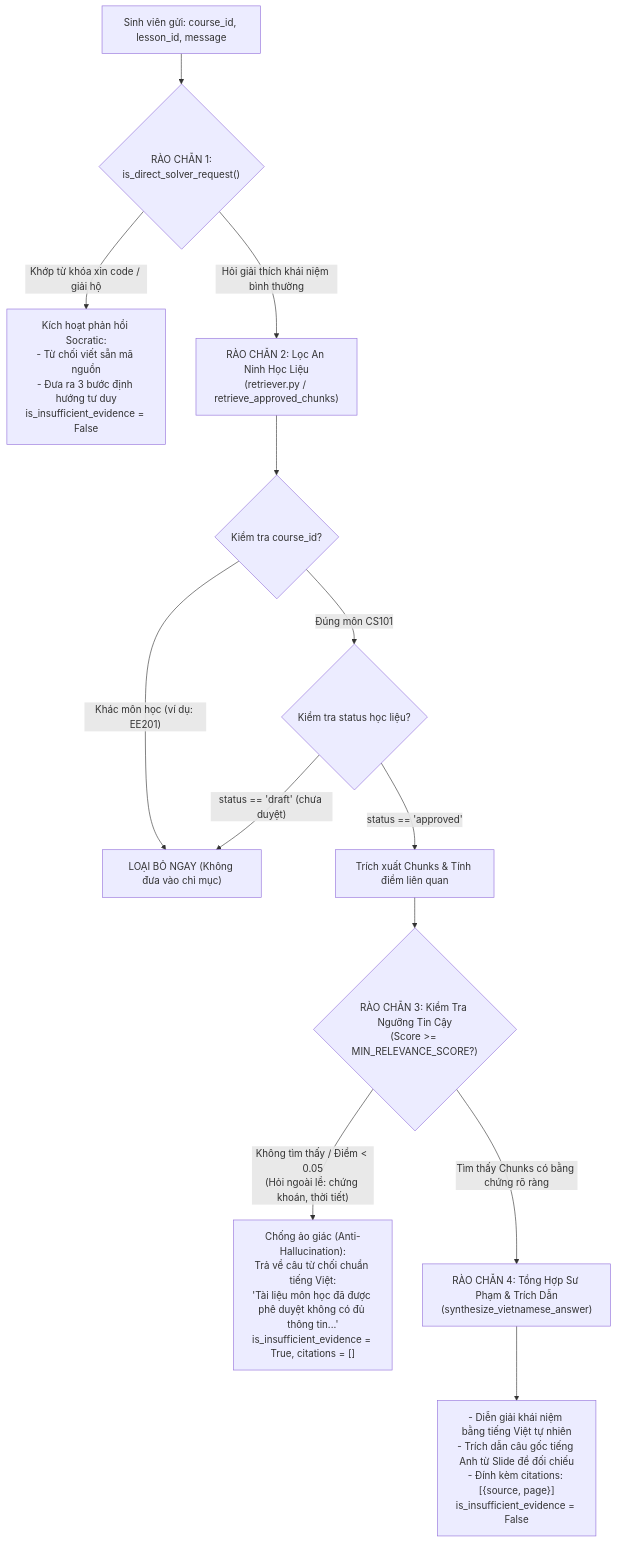
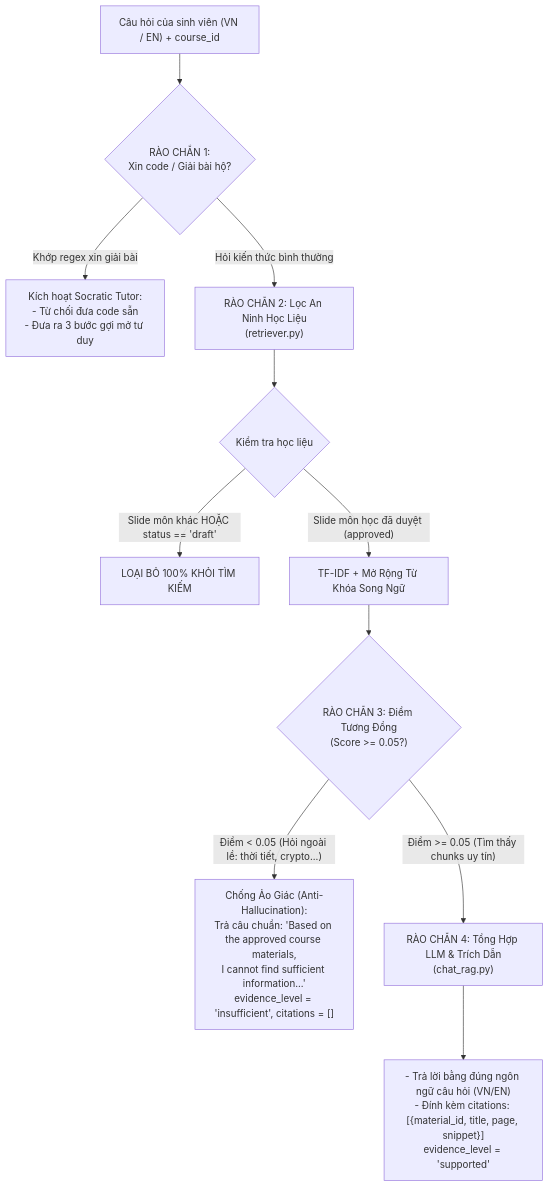
Before and after one commit to ngatt-17/Learning_Teaching: the second of 3 diagrams in rag/BAO_CAO_LUONG_VA_LOGIC.md, drawn with Mermaid. The commit also changed other lines of this file and 5 other files, not shown here.

````diff
--- a/rag/BAO_CAO_LUONG_VA_LOGIC.md
+++ b/rag/BAO_CAO_LUONG_VA_LOGIC.md
@@ -307,23 +175,18 @@
 ```mermaid
 flowchart TD
-    START["Sinh viên gửi: course_id, lesson_id, message"] --> R1{"RÀO CHẮN 1:\nis_direct_solver_request()"}
+    START["Câu hỏi của sinh viên (VN / EN) + course_id"] --> R1{"RÀO CHẮN 1:\nXin code / Giải bài hộ?"}
     
-    %% Rào chắn 1
-    R1 -- "Khớp từ khóa xin code / giải hộ" --> ACT_SOCRATIC["Kích hoạt phản hồi Socratic:\n- Từ chối viết sẵn mã nguồn\n- Đưa ra 3 bước định hướng tư duy\nis_insufficient_evidence = False"]
+    R1 -- "Khớp regex xin giải bài" --> SOCRATIC["Kích hoạt Socratic Tutor:\n- Từ chối đưa code sẵn\n- Đưa ra 3 bước gợi mở tư duy"]
     
-    %% Rào chắn 2
-    R1 -- "Hỏi giải thích khái niệm bình thường" --> R2["RÀO CHẮN 2: Lọc An Ninh Học Liệu\n(retriever.py / retrieve_approved_chunks)"]
-    R2 --> FLT_COURSE{"Kiểm tra course_id?"}
-    FLT_COURSE -- "Khác môn học (ví dụ: EE201)" --> DROP_MAT["LOẠI BỎ NGAY (Không đưa vào chỉ mục)"]
-    FLT_COURSE -- "Đúng môn CS101" --> FLT_STATUS{"Kiểm tra status học liệu?"}
-    FLT_STATUS -- "status == 'draft' (chưa duyệt)" --> DROP_MAT
-    FLT_STATUS -- "status == 'approved'" --> RETRIEVE["Trích xuất Chunks & Tính điểm liên quan"]
-
-    %% Rào chắn 3
-    RETRIEVE --> R3{"RÀO CHẮN 3: Kiểm Tra Ngưỡng Tin Cậy\n(Score >= MIN_RELEVANCE_SCORE?)"}
-    R3 -- "Không tìm thấy / Điểm < 0.05\n(Hỏi ngoài lề: chứng khoán, thời tiết)" --> ACT_REFUSE["Chống ảo giác (Anti-Hallucination):\nTrả về câu từ chối chuẩn tiếng Việt:\n'Tài liệu môn học đã được phê duyệt không có đủ thông tin...'\nis_insufficient_evidence = True, citations = []"]
+    R1 -- "Hỏi kiến thức bình thường" --> R2["RÀO CHẮN 2: Lọc An Ninh Học Liệu\n(retriever.py)"]
     
-    %% Rào chắn 4
-    R3 -- "Tìm thấy Chunks có bằng chứng rõ ràng" --> R4["RÀO CHẮN 4: Tổng Hợp Sư Phạm & Trích Dẫn\n(synthesize_vietnamese_answer)"]
-    R4 --> ACT_SUCCESS["- Diễn giải khái niệm bằng tiếng Việt tự nhiên\n- Trích dẫn câu gốc tiếng Anh từ Slide để đối chiếu\n- Đính kèm citations: [{source, page}]\nis_insufficient_evidence = False"]
+    R2 --> CHECK_PERM{"Kiểm tra học liệu"}
+    CHECK_PERM -- "Slide môn khác HOẶC status == 'draft'" --> DROP["LOẠI BỎ 100% KHỎI TÌM KIẾM"]
+    CHECK_PERM -- "Slide môn học đã duyệt (approved)" --> RETRIEVE["TF-IDF + Mở Rộng Từ Khóa Song Ngữ"]
+    
+    RETRIEVE --> R3{"RÀO CHẮN 3: Điểm Tương Đồng\n(Score >= 0.05?)"}
+    R3 -- "Điểm < 0.05 (Hỏi ngoài lề: thời tiết, crypto...)" --> REFUSE["Chống Ảo Giác (Anti-Hallucination):\nTrả câu chuẩn: 'Based on the approved course materials,\nI cannot find sufficient information...'\nevidence_level = 'insufficient', citations = []"]
+    
+    R3 -- "Điểm >= 0.05 (Tìm thấy chunks uy tín)" --> R4["RÀO CHẮN 4: Tổng Hợp LLM & Trích Dẫn\n(chat_rag.py)"]
+    R4 --> ANSWER["- Trả lời bằng đúng ngôn ngữ câu hỏi (VN/EN)\n- Đính kèm citations: [{material_id, title, page, snippet}]\nevidence_level = 'supported'"]
 ```
````
